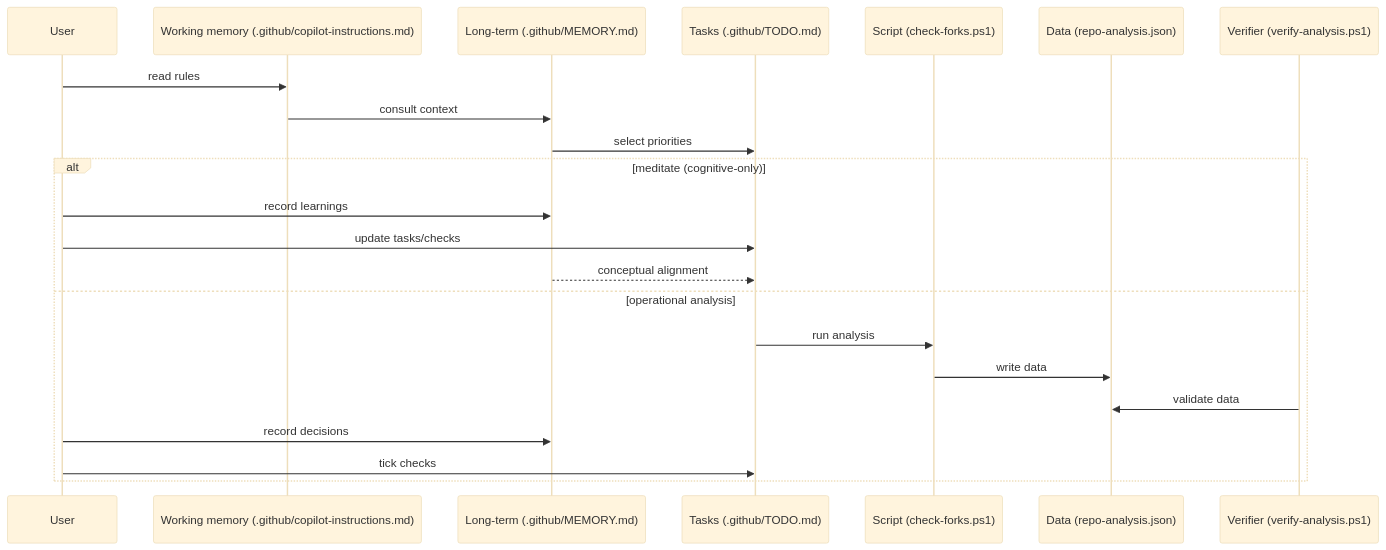
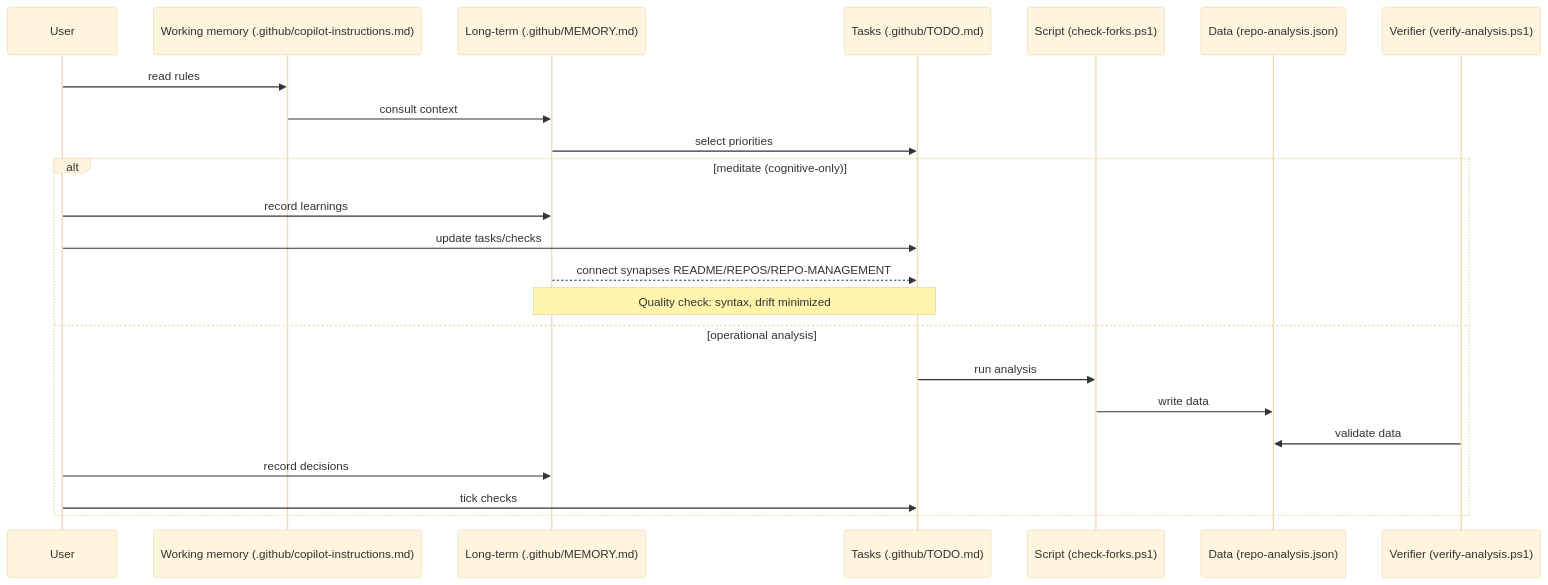
Before and after one commit to fabioc-aloha/fabioc-aloha: the third of 3 diagrams in COGNITIVE.md, drawn with Mermaid (base theme). The commit also changed other lines of this file, not shown here.

Commit message:
docs(cognitive): fact-check diagrams against implementation; sync meditation steps with actual copilot instructions

````diff
--- a/COGNITIVE.md
+++ b/COGNITIVE.md
@@ -120,26 +122,27 @@
 ```mermaid
 sequenceDiagram
   participant U as User
   participant WM as Working memory (.github/copilot-instructions.md)
   participant LT as Long-term (.github/MEMORY.md)
   participant TD as Tasks (.github/TODO.md)
   participant SC as Script (check-forks.ps1)
   participant JS as Data (repo-analysis.json)
   participant VF as Verifier (verify-analysis.ps1)
 
   U->>WM: read rules
   WM->>LT: consult context
   LT->>TD: select priorities
 
   alt meditate (cognitive-only)
     U->>LT: record learnings
     U->>TD: update tasks/checks
-    LT-->>TD: conceptual alignment
+    LT-->>TD: connect synapses README/REPOS/REPO-MANAGEMENT
+    Note over LT,TD: Quality check: syntax, drift minimized
   else operational analysis
     TD->>SC: run analysis
     SC->>JS: write data
     VF->>JS: validate data
     U->>LT: record decisions
     U->>TD: tick checks
   end
 ```
````
